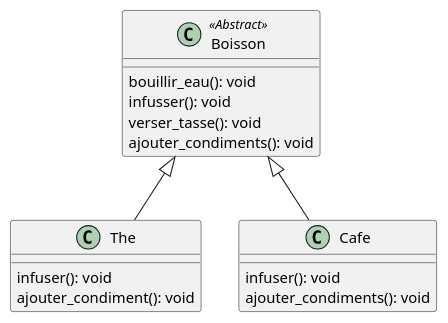
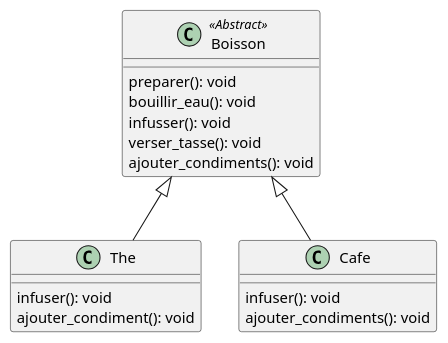
The first of 2 diagrams in src/main/java/TemplateMethod/Starbuzz/README.puml (yvanross/LOG121-GOF-exemples), drawn with PlantUML before and after one commit. The commit also changed 2 other files, not shown here.

```diff
--- a/src/main/java/TemplateMethod/Starbuzz/README.puml
+++ b/src/main/java/TemplateMethod/Starbuzz/README.puml
@@ -1,17 +1,18 @@
 @startuml Diagramme de classe
 
 class Boisson <<Abstract>>{
+    preparer(): void
     bouillir_eau(): void 
     infusser(): void 
     verser_tasse(): void 
     ajouter_condiments(): void 
 }
 class The extends Boisson{
     infuser(): void 
     ajouter_condiment(): void 
 }
 class Cafe extends Boisson{
     infuser(): void 
     ajouter_condiments(): void 
 }
 @enduml
```
